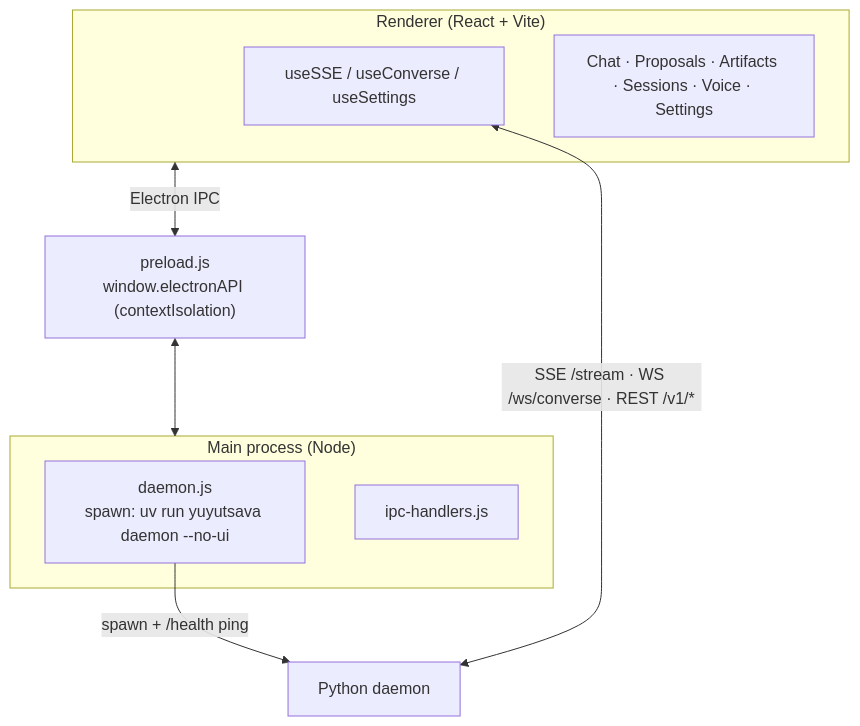
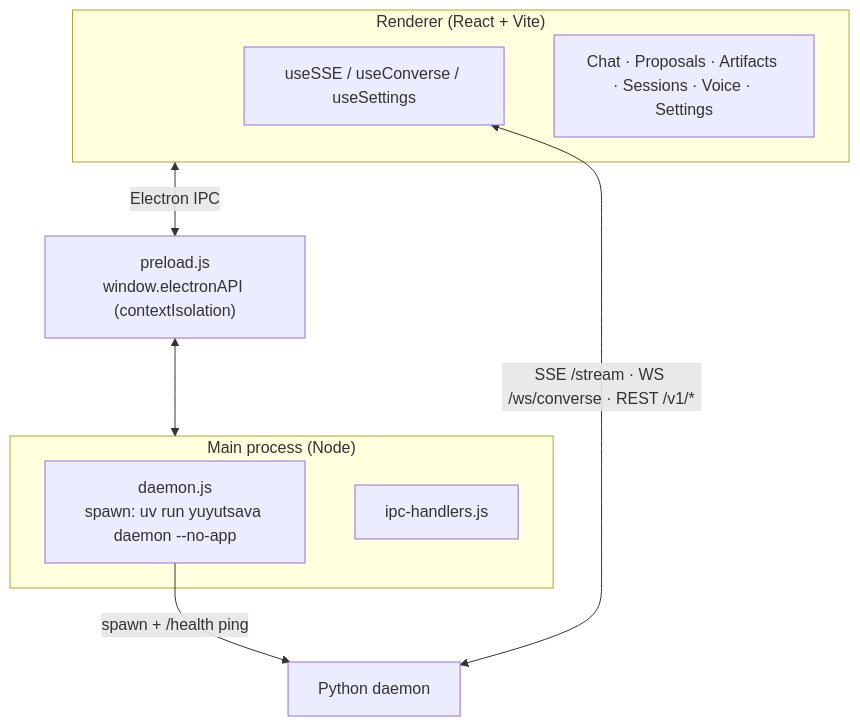
One commit to Abhinav210310453045/YUYUTSAVA-backend changed diagram 17 of 18 in docs/architecture/overview.md. Above: the diagram before and after it, drawn with Mermaid. The commit also changed other lines of this file and 9 other files, not shown here.

First line of the commit message:
fix(daemon): a daemon the app starts serves the API — --no-app, not --no-ui (R-BUG-07)

````diff
--- a/docs/architecture/overview.md
+++ b/docs/architecture/overview.md
@@ -1659,16 +1659,16 @@
 ```mermaid
 flowchart TB
     subgraph Main["Main process (Node)"]
-        D["daemon.js<br/>spawn: uv run yuyutsava daemon --no-ui"]
+        D["daemon.js<br/>spawn: uv run yuyutsava daemon --no-app"]
         IPC["ipc-handlers.js"]
     end
     subgraph Renderer["Renderer (React + Vite)"]
         Hooks["useSSE / useConverse / useSettings"]
         Panels["Chat · Proposals · Artifacts · Sessions · Voice · Settings"]
     end
     Preload["preload.js<br/>window.electronAPI (contextIsolation)"]
 
     Renderer <-->|Electron IPC| Preload <--> Main
     D -->|spawn + /health ping| Py["Python daemon"]
     Hooks <-->|"SSE /stream · WS /ws/converse · REST /v1/*"| Py
 ```
````
